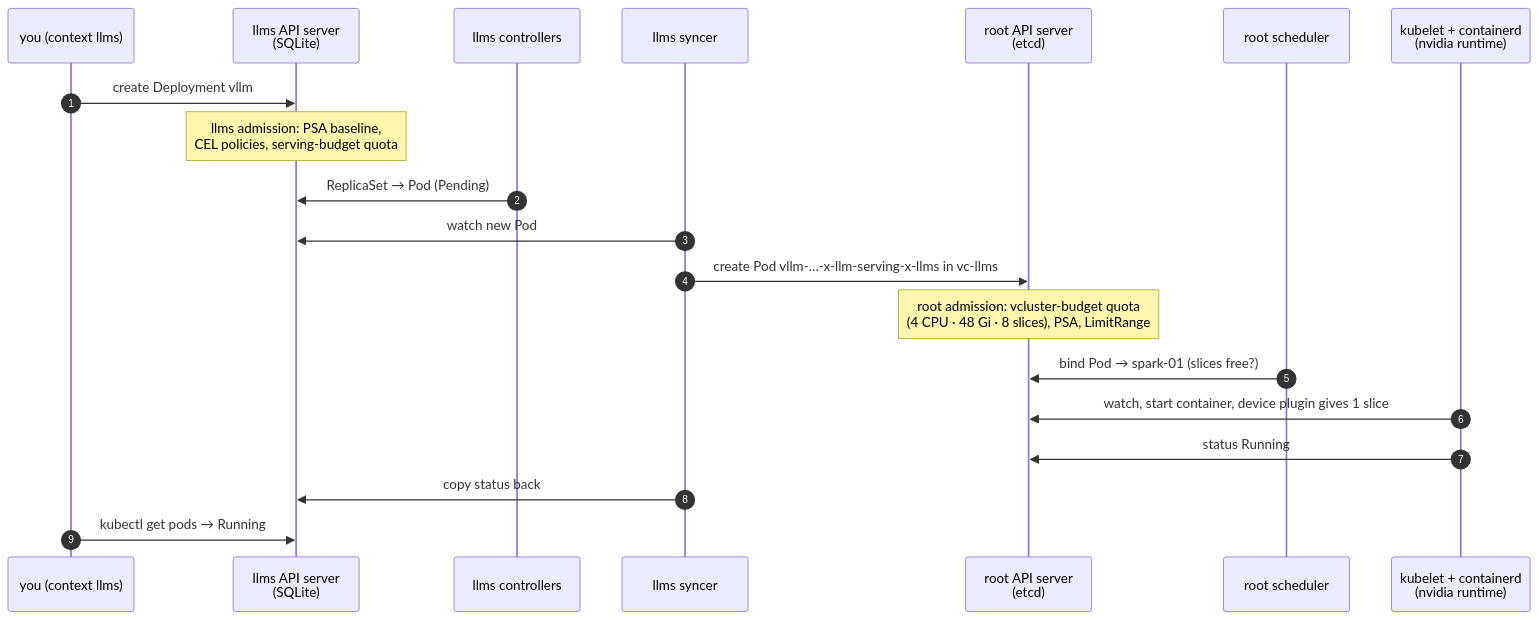
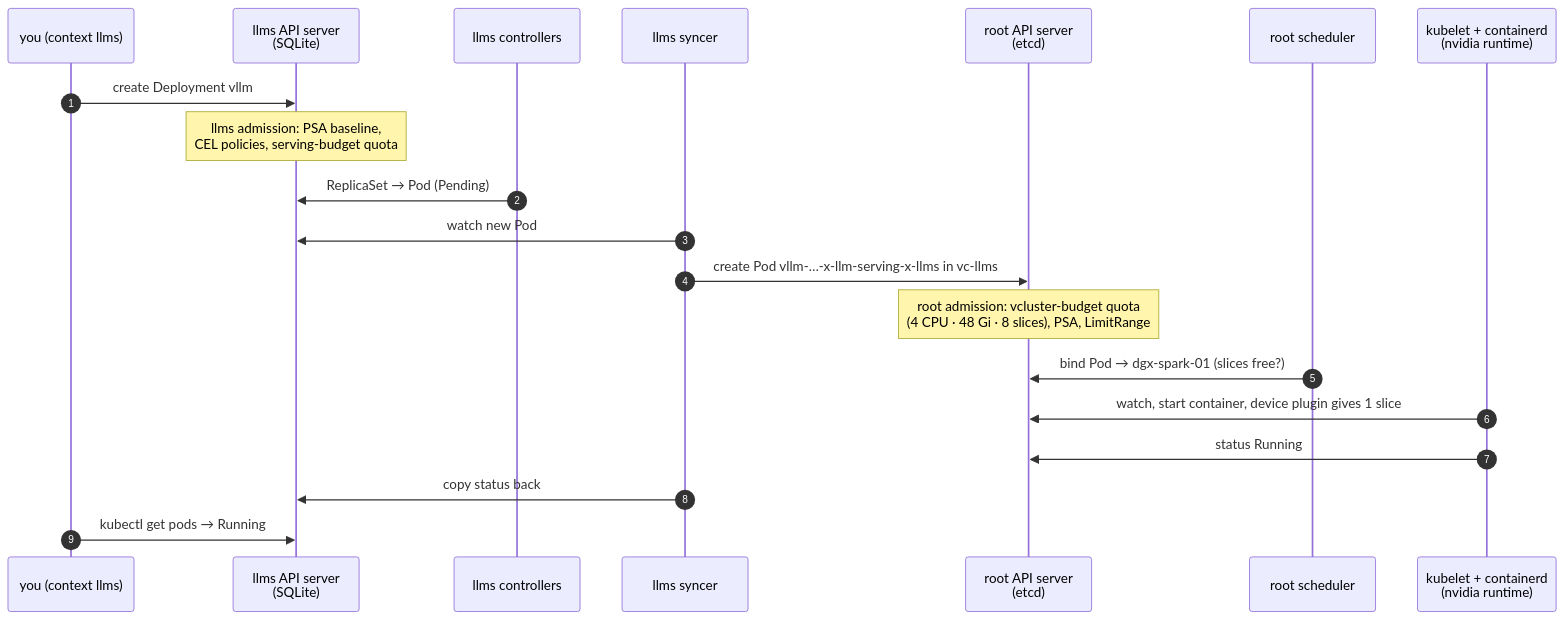
The second of 2 diagrams in 02 Kubernetes/27-nested-clusters-with-vcluster.md (cloudone365/technical-depth), drawn with Mermaid before and after one commit. The commit also changed other lines of this file and 88 other files, not shown here.

First line of the commit message:
Rename the Spark hosts to dgx-spark-01 / dgx-spark-02

````diff
--- a/02 Kubernetes/27-nested-clusters-with-vcluster.md
+++ b/02 Kubernetes/27-nested-clusters-with-vcluster.md
@@ -170,22 +170,22 @@
 ```mermaid
 sequenceDiagram
   autonumber
   participant U as you (context llms)
   participant VA as llms API server<br/>(SQLite)
   participant VC as llms controllers
   participant SY as llms syncer
   participant RA as root API server<br/>(etcd)
   participant RS as root scheduler
   participant KL as kubelet + containerd<br/>(nvidia runtime)
   U->>VA: create Deployment vllm
   Note over VA: llms admission: PSA baseline,<br/>CEL policies, serving-budget quota
   VC->>VA: ReplicaSet → Pod (Pending)
   SY->>VA: watch new Pod
   SY->>RA: create Pod vllm-…-x-llm-serving-x-llms in vc-llms
   Note over RA: root admission: vcluster-budget quota<br/>(4 CPU · 48 Gi · 8 slices), PSA, LimitRange
-  RS->>RA: bind Pod → spark-01 (slices free?)
+  RS->>RA: bind Pod → dgx-spark-01 (slices free?)
   KL->>RA: watch, start container, device plugin gives 1 slice
   KL->>RA: status Running
   SY->>VA: copy status back
   U->>VA: kubectl get pods → Running
 ```
````
